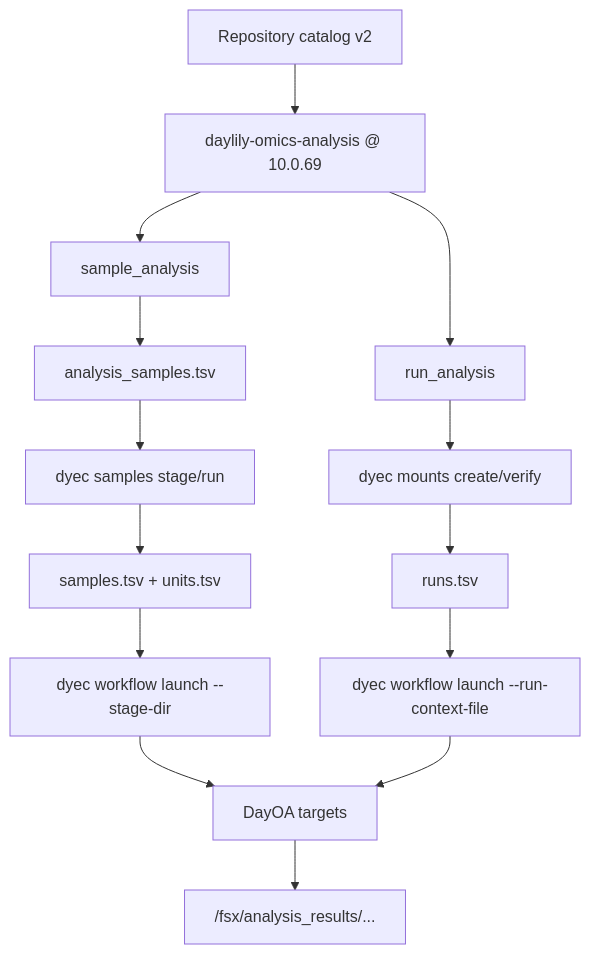
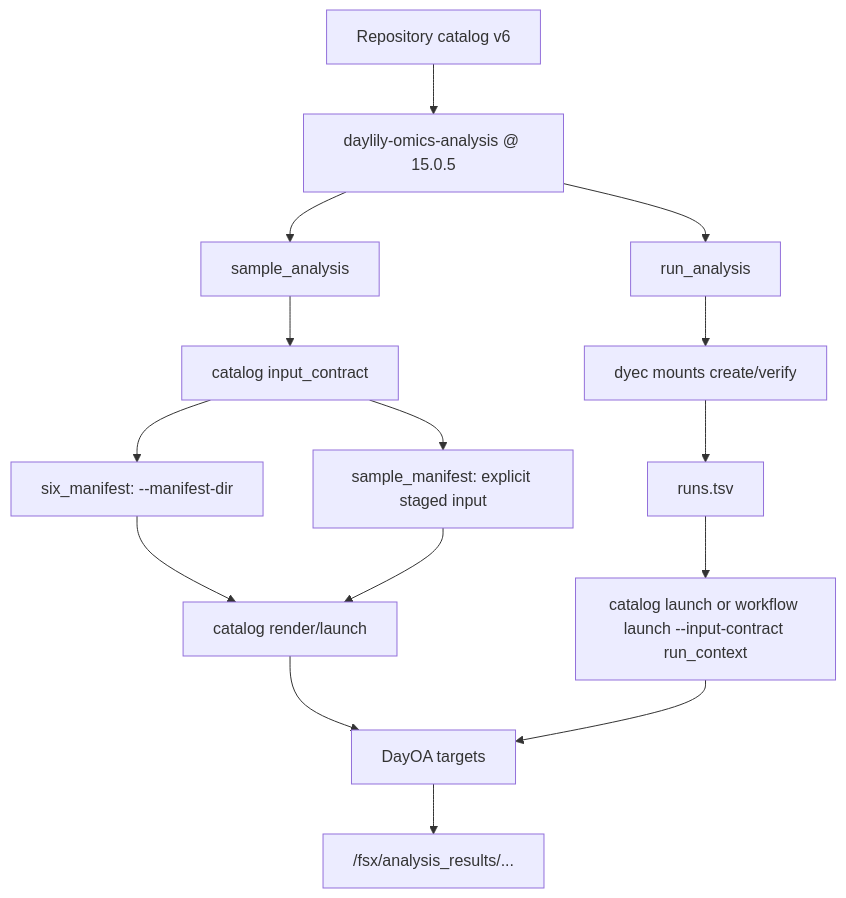
The third of 3 diagrams in docs/dra_fsx_strategy.md (Daylily-Informatics/daylily-ephemeral-cluster), drawn with Mermaid before and after one commit. The commit also changed other lines of this file and 14 other files, not shown here.

````diff
--- a/docs/dra_fsx_strategy.md
+++ b/docs/dra_fsx_strategy.md
@@ -103,19 +110,20 @@
 ```mermaid
 flowchart TB
-  Catalog["Repository catalog v2"] --> Repo["daylily-omics-analysis @ 10.0.69"]
+  Catalog["Repository catalog v6"] --> Repo["daylily-omics-analysis @ 15.0.5"]
   Repo --> Sample["sample_analysis"]
   Repo --> Run["run_analysis"]
 
-  Sample --> Manifest["analysis_samples.tsv"]
-  Manifest --> Stage["dyec samples stage/run"]
-  Stage --> TSV["samples.tsv + units.tsv"]
-  TSV --> LaunchA["dyec workflow launch --stage-dir"]
+  Sample --> Contract["catalog input_contract"]
+  Contract --> Six["six_manifest: --manifest-dir"]
+  Contract --> Legacy["sample_manifest: explicit staged input"]
+  Six --> LaunchA["catalog render/launch"]
+  Legacy --> LaunchA
 
   Run --> Mount["dyec mounts create/verify"]
   Mount --> Runs["runs.tsv"]
-  Runs --> LaunchB["dyec workflow launch --run-context-file"]
+  Runs --> LaunchB["catalog launch or workflow launch --input-contract run_context"]
 
   LaunchA --> DayOA["DayOA targets"]
   LaunchB --> DayOA
   DayOA --> Results["/fsx/analysis_results/..."]
 ```
````
